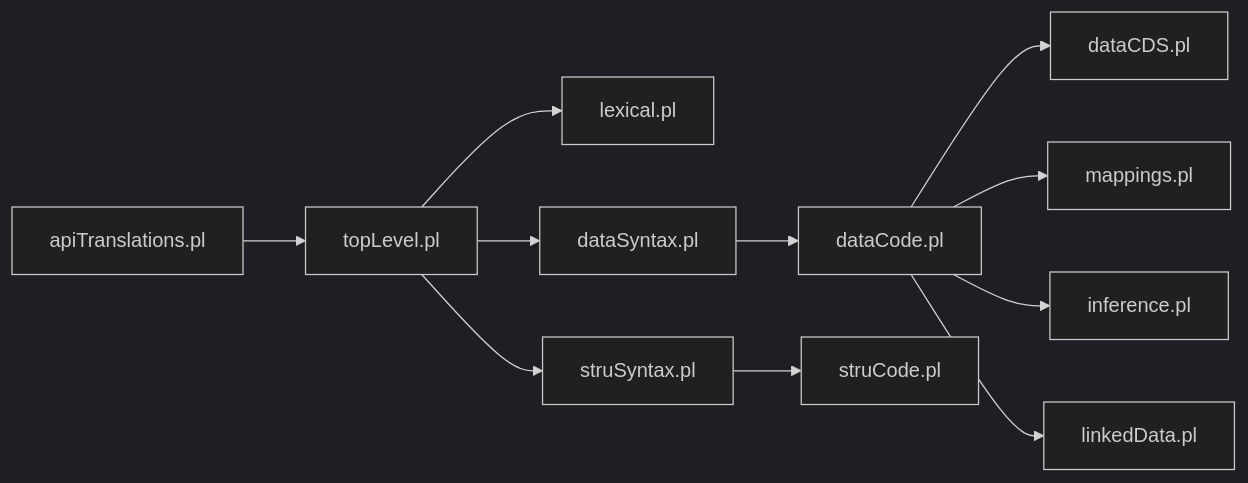
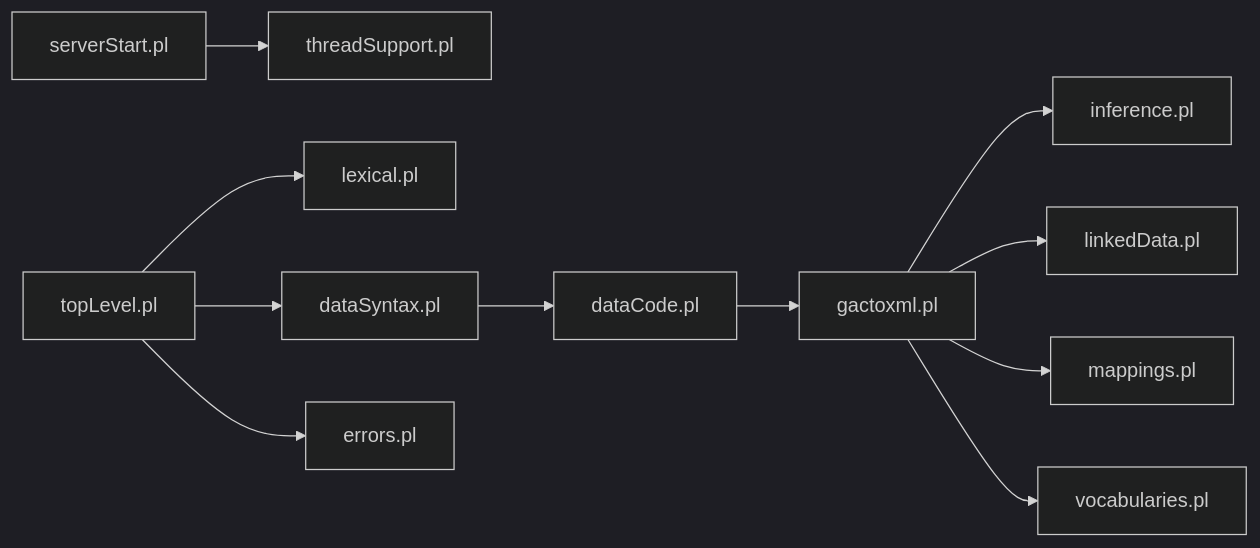
Before and after one commit to time-link/timelink-kleio: the third of 3 diagrams in .qoder/repowiki/en/content/Translation Engine/Translation Engine.md, drawn with Mermaid (dark theme). The commit also changed other lines of this file and 225 other files, not shown here.

````diff
--- a/.qoder/repowiki/en/content/Translation Engine/Translation Engine.md
+++ b/.qoder/repowiki/en/content/Translation Engine/Translation Engine.md
@@ -387,13 +331,13 @@
 ```mermaid
 graph LR
-API["apiTranslations.pl"] --> TL["topLevel.pl"]
-TL --> LX["lexical.pl"]
-TL --> DS["dataSyntax.pl"]
-TL --> SS["struSyntax.pl"]
-DS --> DC["dataCode.pl"]
-DC --> CDS["dataCDS.pl"]
-DC --> MP["mappings.pl"]
-DC --> IF["inference.pl"]
-DC --> LD["linkedData.pl"]
-SS --> SC["struCode.pl"]
+serverStart["serverStart.pl"] --> threadSupport["threadSupport.pl"]
+topLevel["topLevel.pl"] --> lexical["lexical.pl"]
+topLevel --> dataSyntax["dataSyntax.pl"]
+dataSyntax --> dataCode["dataCode.pl"]
+dataCode --> gactoxml["gactoxml.pl"]
+gactoxml --> inference["inference.pl"]
+gactoxml --> linkedData["linkedData.pl"]
+gactoxml --> mappings["mappings.pl"]
+gactoxml --> vocabularies["vocabularies.pl"]
+topLevel --> errors["errors.pl"]
 ```
````
